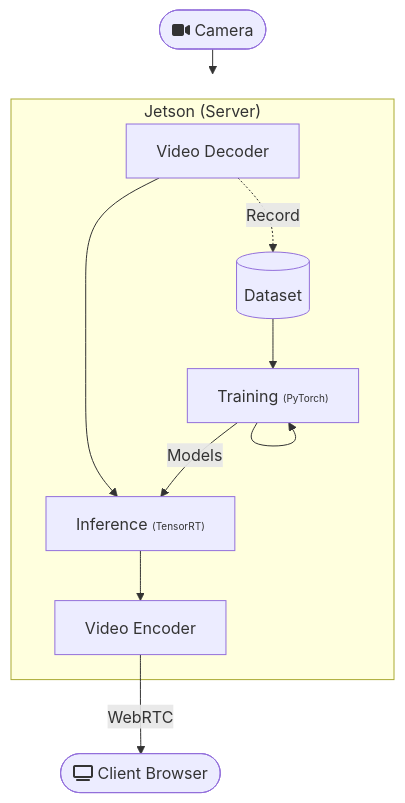
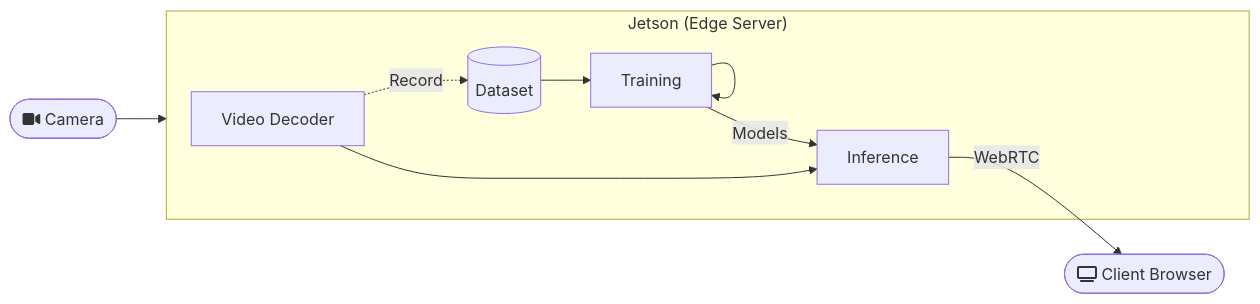
The diagram in docs/webrtc-recognizer.md (dusty-nv/jetson-inference), drawn with Mermaid before and after one commit.

````diff
--- a/docs/webrtc-recognizer.md
+++ b/docs/webrtc-recognizer.md
@@ -44,20 +38,18 @@
 ```mermaid
-graph TD
+graph LR
     camera([fa:fa-video-camera Camera])
     player([fa:fa-television Client Browser])
-    subgraph server ["Jetson (Server)"]
+    subgraph server ["Jetson (Edge Server)"]
         decoder[Video Decoder]
         dataset[("Dataset")]
-        training["Training <font size=1>(PyTorch)"]
-        inference["Inference <font size=1>(TensorRT)"]
-        encoder["Video Encoder"]
+        training["Training"]
+        inference["Inference"]
         decoder-.->|Record|dataset
         decoder-->inference
         dataset-->training
         training-->training
         training-- Models --> inference
-        inference-->encoder
     end
     camera-->server
-    encoder-- WebRTC -->player
+    inference-- WebRTC -->player
 ```
````
